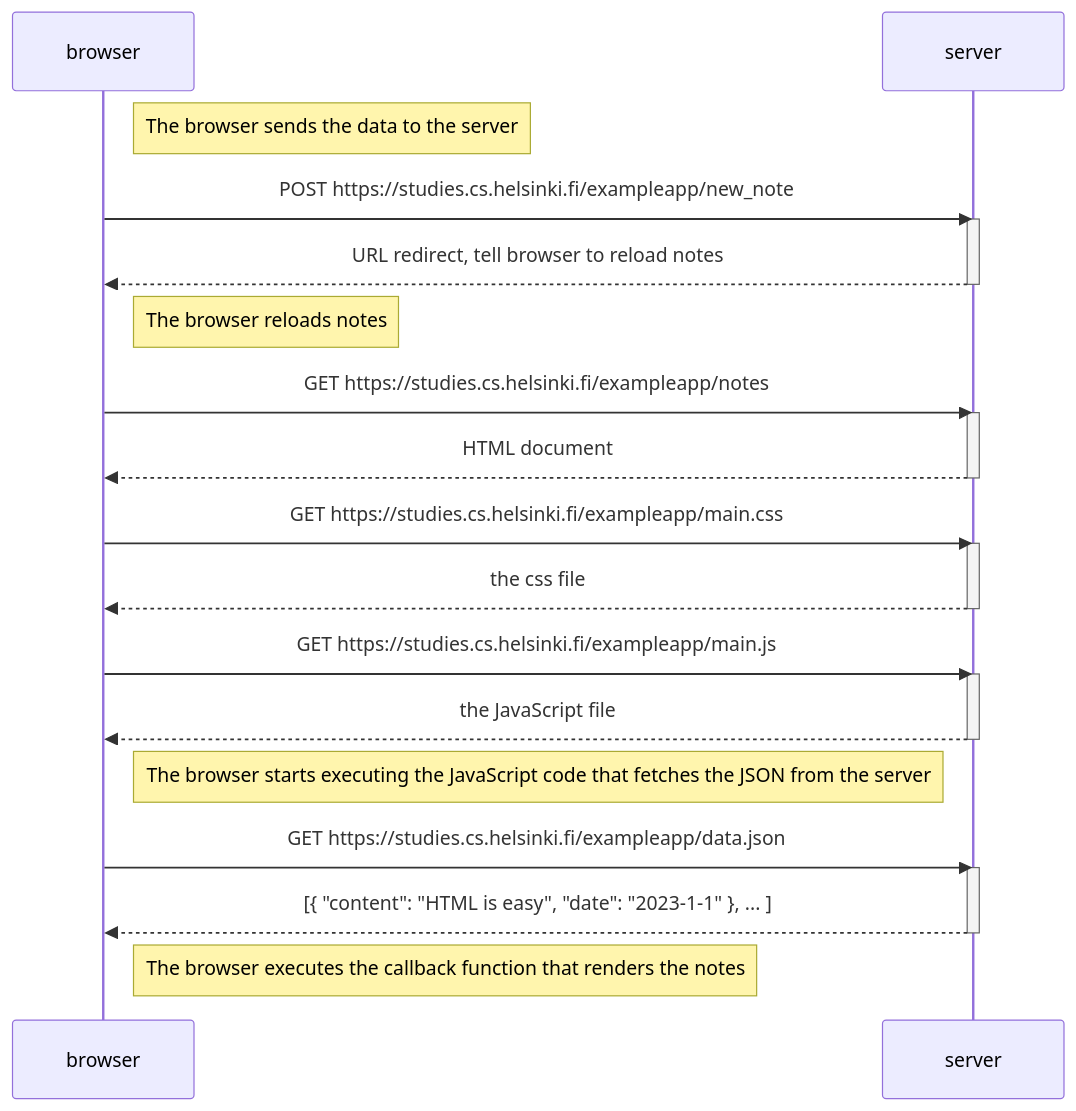
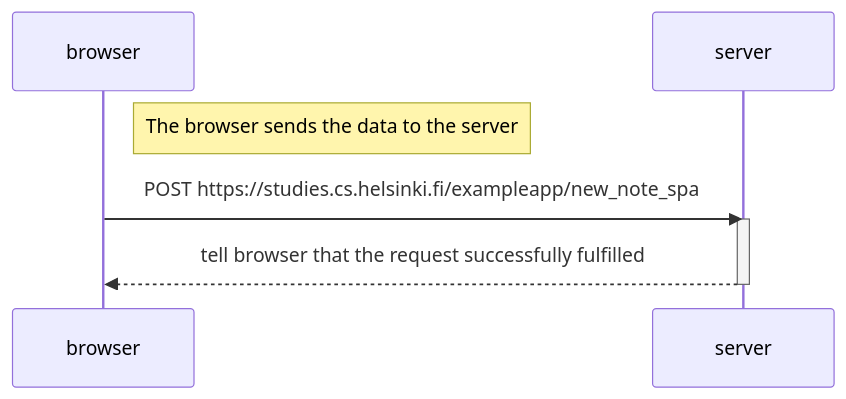
The diagram in part0/0.6-new-note-in-spa-diagram.md (paulp1871/full-stack-open), drawn with Mermaid before and after one commit.

Commit message:
Finished exercise 06

````diff
--- a/part0/0.6-new-note-in-spa-diagram.md
+++ b/part0/0.6-new-note-in-spa-diagram.md
@@ -1,38 +1,12 @@
 ```mermaid
     sequenceDiagram
         participant browser
         participant server
 
         Note right of browser: The browser sends the data to the server
 
-        browser->>server: POST https://studies.cs.helsinki.fi/exampleapp/new_note
+        browser->>server: POST https://studies.cs.helsinki.fi/exampleapp/new_note_spa
         activate server
-        server-->>browser: URL redirect, tell browser to reload notes
+        server-->>browser: tell browser that the request successfully fulfilled
         deactivate server
-
-        Note right of browser: The browser reloads notes
-
-        browser->>server: GET https://studies.cs.helsinki.fi/exampleapp/notes
-        activate server
-        server-->>browser: HTML document
-        deactivate server
-
-        browser->>server: GET https://studies.cs.helsinki.fi/exampleapp/main.css
-        activate server
-        server-->>browser: the css file
-        deactivate server
-
-        browser->>server: GET https://studies.cs.helsinki.fi/exampleapp/main.js
-        activate server
-        server-->>browser: the JavaScript file
-        deactivate server
-
-        Note right of browser: The browser starts executing the JavaScript code that fetches the JSON from the server
-
-        browser->>server: GET https://studies.cs.helsinki.fi/exampleapp/data.json
-        activate server
-        server-->>browser: [{ "content": "HTML is easy", "date": "2023-1-1" }, ... ]
-        deactivate server
-
-        Note right of browser: The browser executes the callback function that renders the notes
 ```
````
